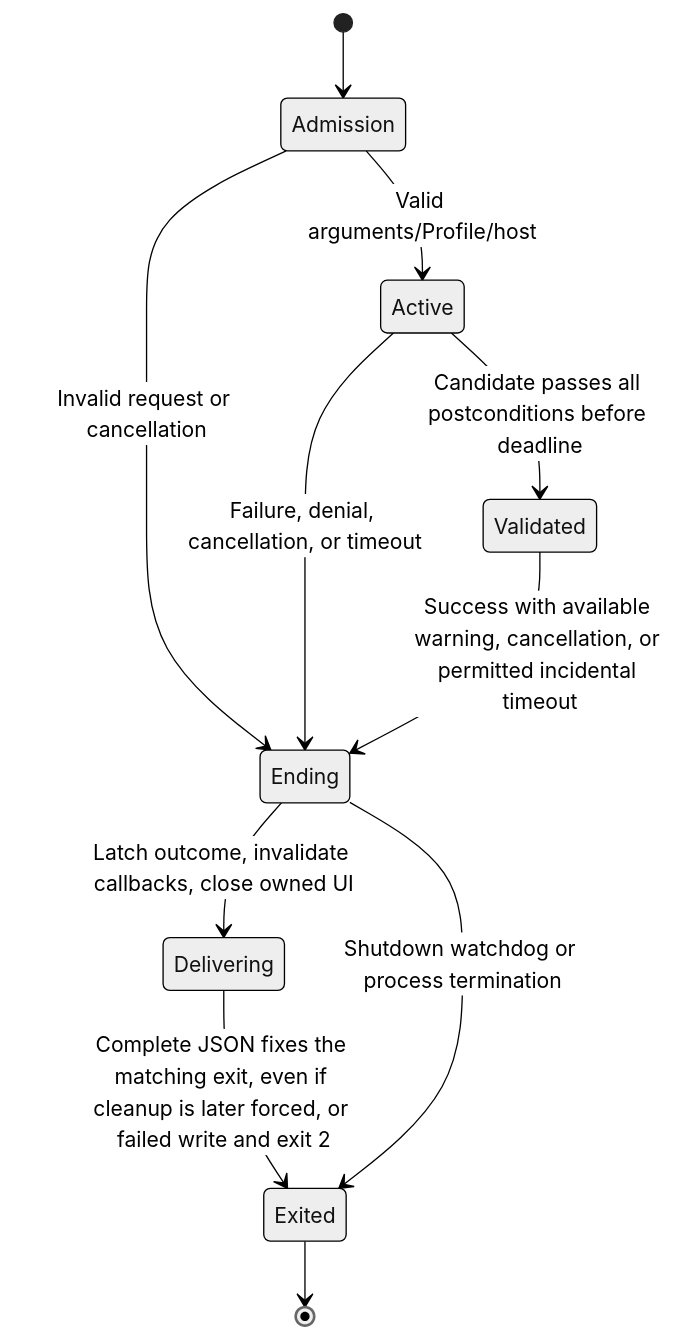
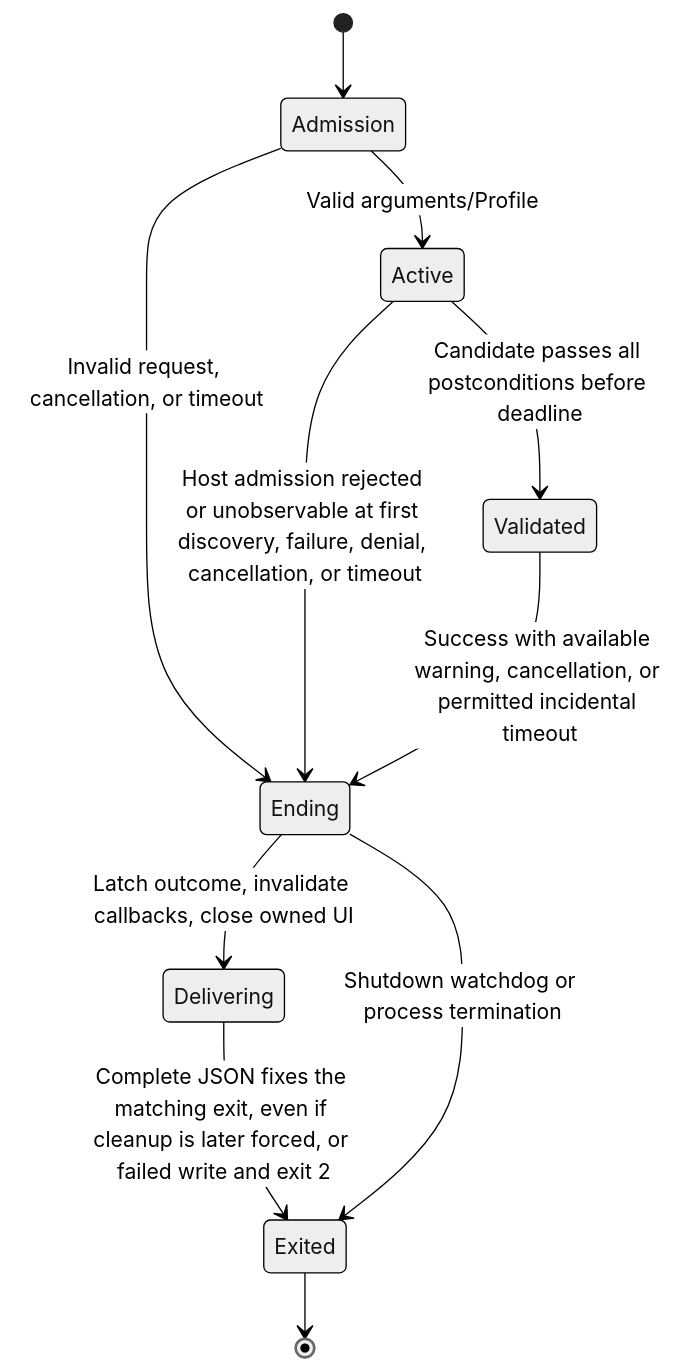
One commit to hcoona/microsoft-authentication-cli changed the fourth of 4 diagrams in docs/designs/windows-ado-authentication.md. Above: the diagram before and after it, drawn with Mermaid (neutral theme). The commit also changed other lines of this file, not shown here.

````diff
--- a/docs/designs/windows-ado-authentication.md
+++ b/docs/designs/windows-ado-authentication.md
@@ -1028,13 +1027,13 @@
 ```mermaid
 stateDiagram-v2
     [*] --> Admission
-    Admission --> Active: Valid arguments/Profile/host
-    Admission --> Ending: Invalid request or cancellation
+    Admission --> Active: Valid arguments/Profile
+    Admission --> Ending: Invalid request, cancellation, or timeout
     Active --> Validated: Candidate passes all postconditions before deadline
-    Active --> Ending: Failure, denial, cancellation, or timeout
+    Active --> Ending: Host admission rejected or unobservable at first discovery, failure, denial, cancellation, or timeout
     Validated --> Ending: Success with available warning, cancellation, or permitted incidental timeout
     Ending --> Delivering: Latch outcome, invalidate callbacks, close owned UI
     Delivering --> Exited: Complete JSON fixes the matching exit, even if cleanup is later forced, or failed write and exit 2
     Ending --> Exited: Shutdown watchdog or process termination
     Exited --> [*]
 ```
````
